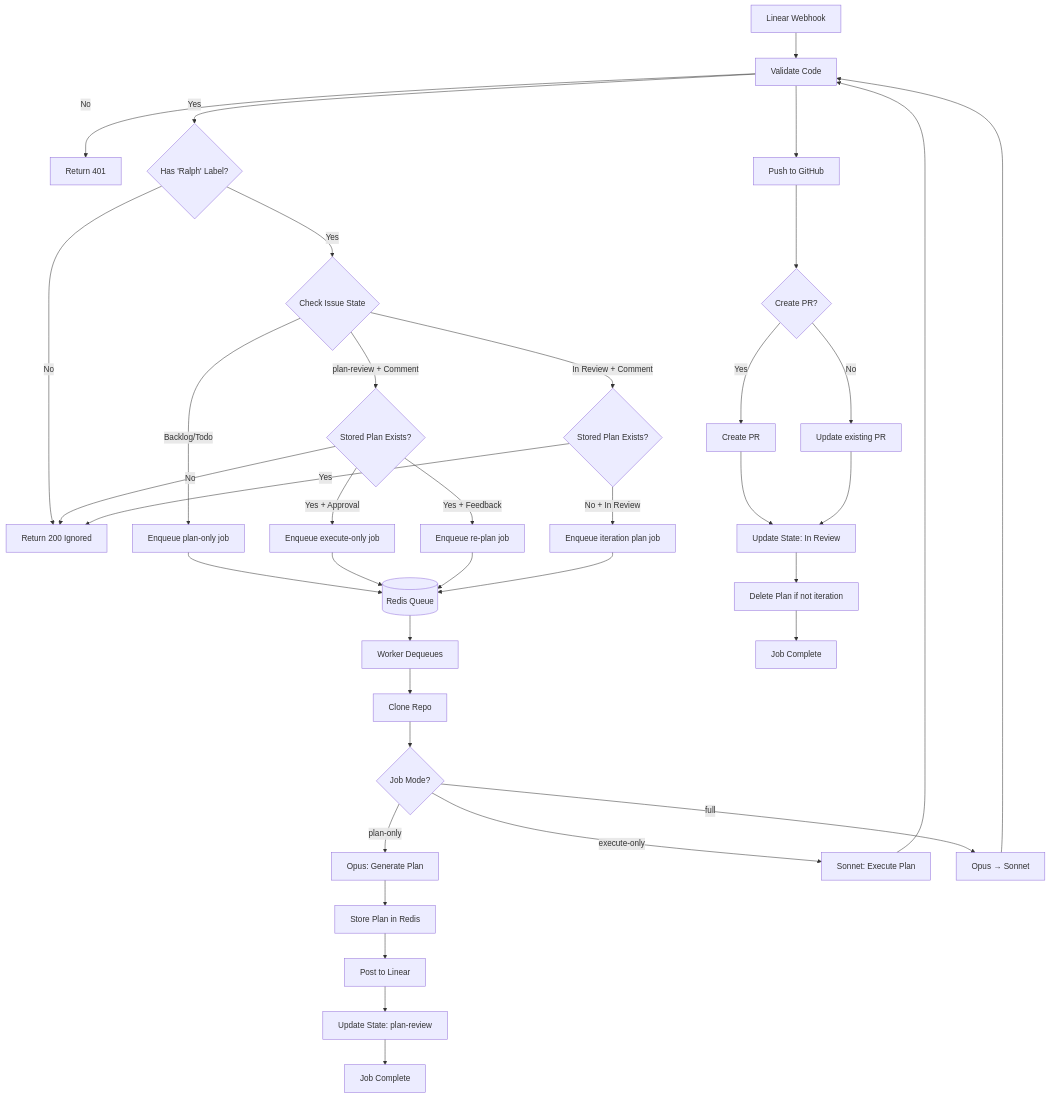
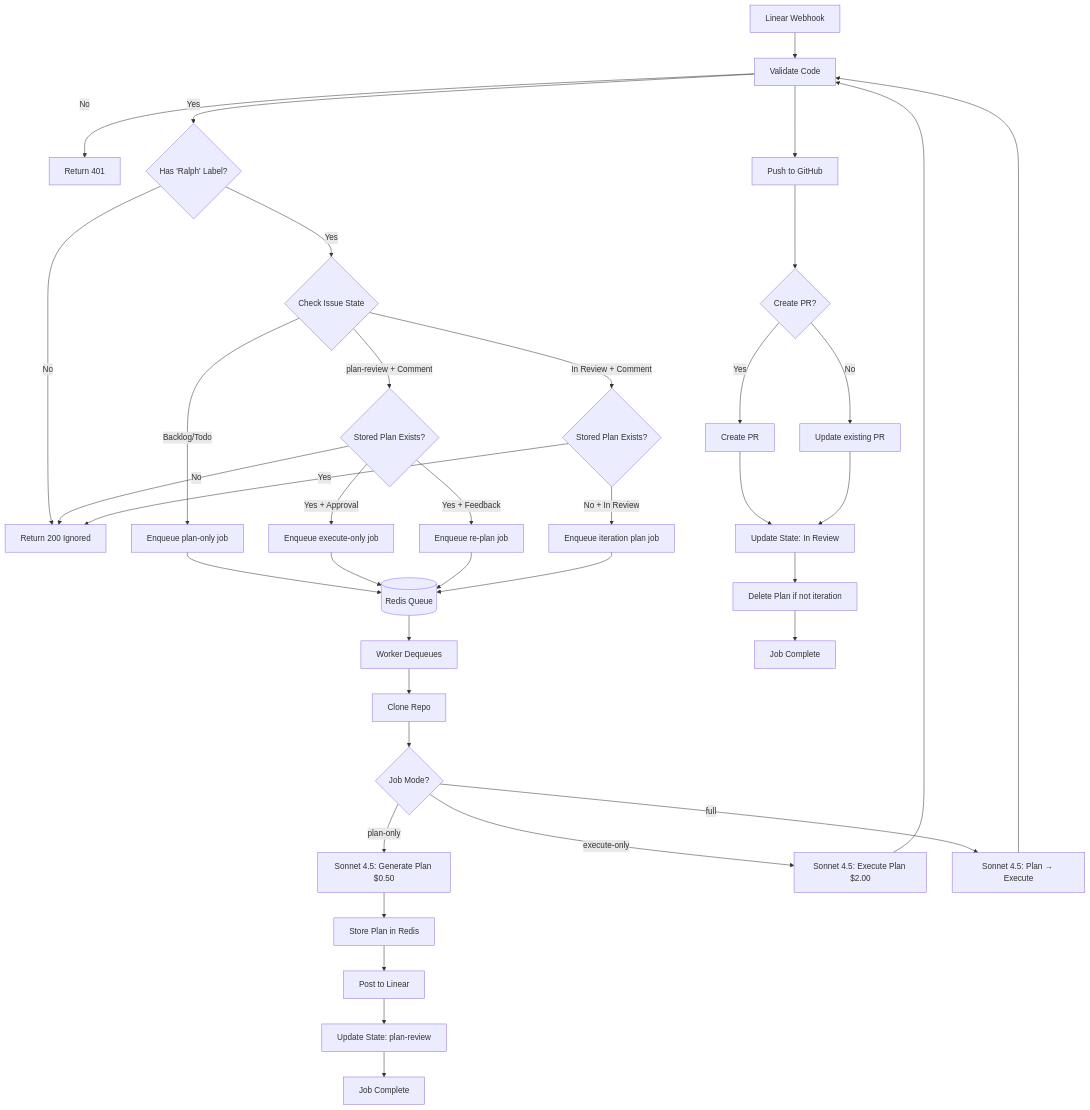
The sixth of 7 diagrams in ARCHITECTURE.md (Replikanti/ralph-platform), drawn with Mermaid before and after one commit. The commit also changed other lines of this file and 5 other files, not shown here.

````diff
--- a/ARCHITECTURE.md
+++ b/ARCHITECTURE.md
@@ -507,49 +562,49 @@
 ```mermaid
 flowchart TD
     Start[Linear Webhook] --> Validate{Valid Signature?}
     Validate -->|No| Reject[Return 401]
     Validate -->|Yes| Label{Has 'Ralph' Label?}
     Label -->|No| Ignore[Return 200 Ignored]
     Label -->|Yes| State{Check Issue State}
 
     State -->|Backlog/Todo| Enqueue1[Enqueue plan-only job]
     State -->|plan-review + Comment| CheckPlan{Stored Plan Exists?}
     State -->|In Review + Comment| CheckPlan2{Stored Plan Exists?}
 
     CheckPlan -->|Yes + Approval| Enqueue2[Enqueue execute-only job]
     CheckPlan -->|Yes + Feedback| Enqueue3[Enqueue re-plan job]
     CheckPlan -->|No| Ignore
 
     CheckPlan2 -->|No + In Review| Enqueue4[Enqueue iteration plan job]
     CheckPlan2 -->|Yes| Ignore
 
     Enqueue1 --> Redis[(Redis Queue)]
     Enqueue2 --> Redis
     Enqueue3 --> Redis
     Enqueue4 --> Redis
 
     Redis --> Worker[Worker Dequeues]
     Worker --> Clone[Clone Repo]
     Clone --> Mode{Job Mode?}
 
-    Mode -->|plan-only| Planning[Opus: Generate Plan]
-    Mode -->|execute-only| Execution[Sonnet: Execute Plan]
-    Mode -->|full| Both[Opus → Sonnet]
+    Mode -->|plan-only| Planning[Sonnet 4.5: Generate Plan $0.50]
+    Mode -->|execute-only| Execution[Sonnet 4.5: Execute Plan $2.00]
+    Mode -->|full| Both[Sonnet 4.5: Plan → Execute]
 
     Planning --> Store[Store Plan in Redis]
     Store --> PostPlan[Post to Linear]
     PostPlan --> UpdateState1[Update State: plan-review]
     UpdateState1 --> Complete1[Job Complete]
 
     Execution --> Validate[Validate Code]
     Validate --> Push[Push to GitHub]
     Push --> PR{Create PR?}
     PR -->|Yes| CreatePR[Create PR]
     PR -->|No| UpdatePR[Update existing PR]
     CreatePR --> UpdateState2[Update State: In Review]
     UpdatePR --> UpdateState2
     UpdateState2 --> Cleanup[Delete Plan if not iteration]
     Cleanup --> Complete2[Job Complete]
 
     Both --> Validate
 ```
````
